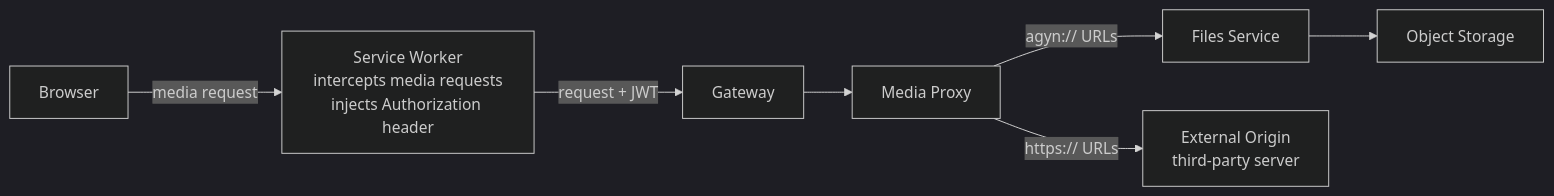
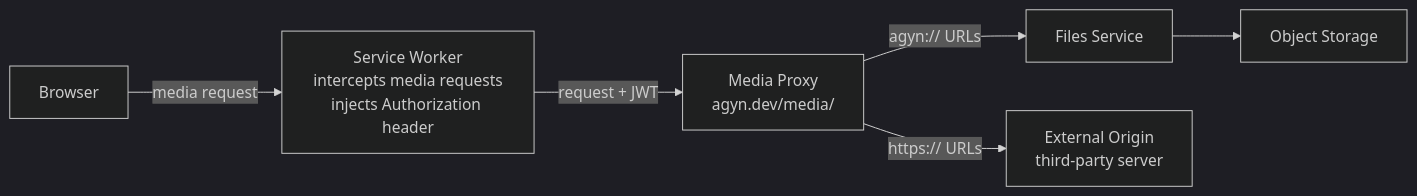
The first of 2 diagrams in architecture/media-proxy.md (agynio/architecture), drawn with Mermaid (dark theme) before and after one commit. The commit also changed other lines of this file and 2 other files, not shown here.

First line of the commit message:
Media Proxy: independent ingress, not routed through Gateway

````diff
--- a/architecture/media-proxy.md
+++ b/architecture/media-proxy.md
@@ -14,17 +14,15 @@
 ```mermaid
 graph LR
     Browser[Browser]
     SW[Service Worker<br/>intercepts media requests<br/>injects Authorization header]
-    Gateway[Gateway]
-    MP[Media Proxy]
+    MP[Media Proxy<br/>agyn.dev/media/]
     Files[Files Service]
     OS[Object Storage]
     Ext[External Origin<br/>third-party server]
 
     Browser -->|media request| SW
-    SW -->|request + JWT| Gateway
-    Gateway --> MP
+    SW -->|request + JWT| MP
     MP -->|agyn:// URLs| Files
     Files --> OS
     MP -->|https:// URLs| Ext
 ```
````
